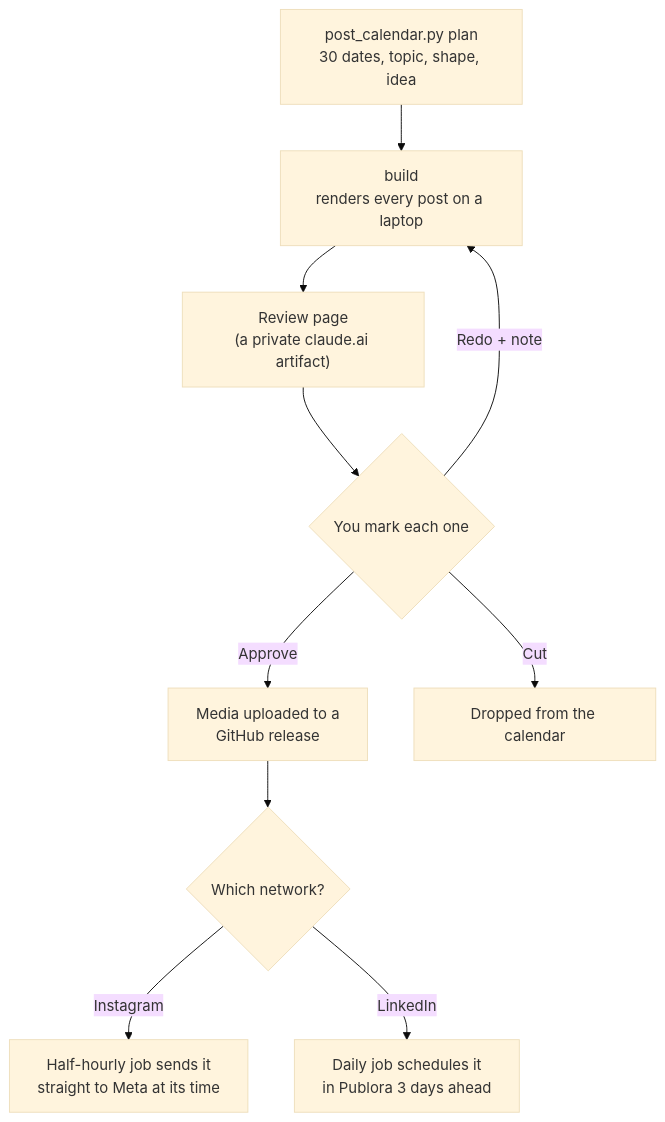
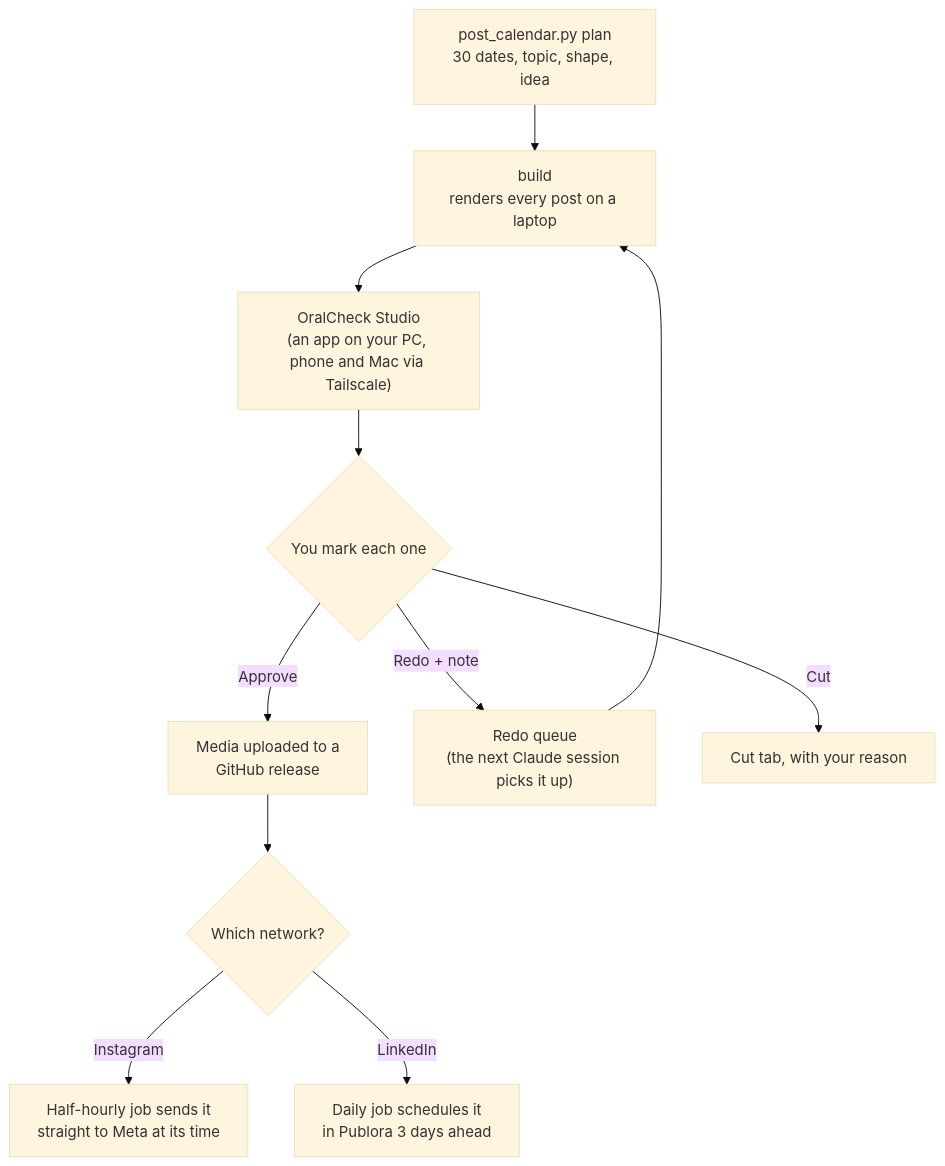
The sixth of 7 diagrams in docs/OWNERS_GUIDE.md (ianoharris/oralcheck), drawn with Mermaid (base theme) before and after one commit. The commit also changed other lines of this file and 1 other file, not shown here.

Commit message:
Roadmap and owner's guide: OralCheck Studio

````diff
--- a/docs/OWNERS_GUIDE.md
+++ b/docs/OWNERS_GUIDE.md
@@ -625,12 +625,13 @@
 ```mermaid
 flowchart TB
     PLAN["post_calendar.py plan<br/>30 dates, topic, shape, idea"] --> BUILD["build<br/>renders every post on a laptop"]
-    BUILD --> PAGE["Review page<br/>(a private claude.ai artifact)"]
+    BUILD --> PAGE["OralCheck Studio<br/>(an app on your PC, phone and Mac via Tailscale)"]
     PAGE --> YOU{"You mark each one"}
     YOU -->|Approve| REL["Media uploaded to a<br/>GitHub release"]
-    YOU -->|Redo + note| BUILD
-    YOU -->|Cut| GONE["Dropped from the calendar"]
+    YOU -->|Redo + note| QUEUE["Redo queue<br/>(the next Claude session picks it up)"]
+    QUEUE --> BUILD
+    YOU -->|Cut| GONE["Cut tab, with your reason"]
     REL --> NET{"Which network?"}
     NET -->|Instagram| META["Half-hourly job sends it<br/>straight to Meta at its time"]
     NET -->|LinkedIn| DRIP["Daily job schedules it<br/>in Publora 3 days ahead"]
 ```
````
